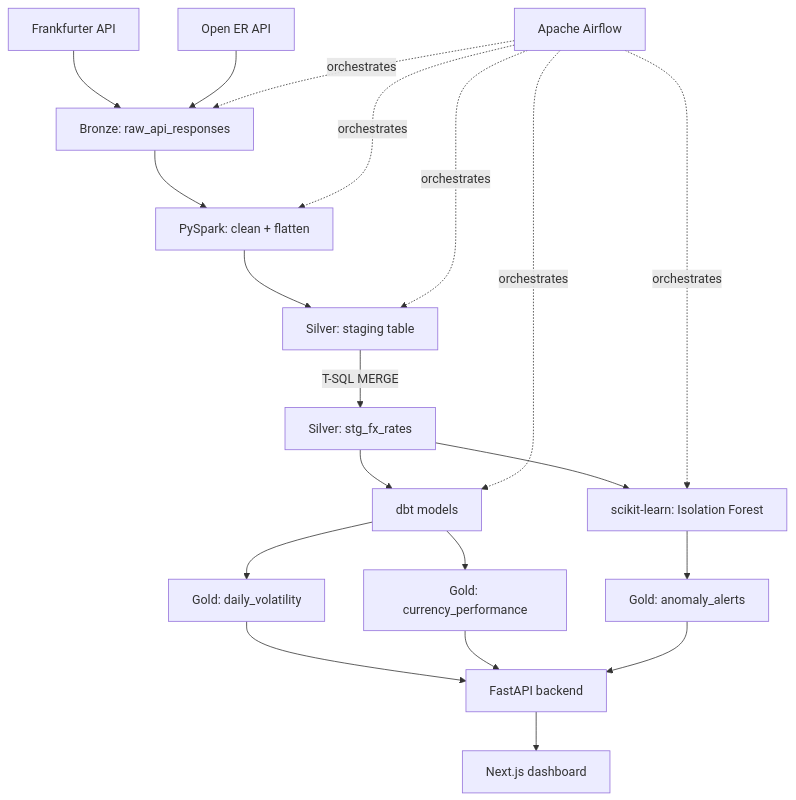
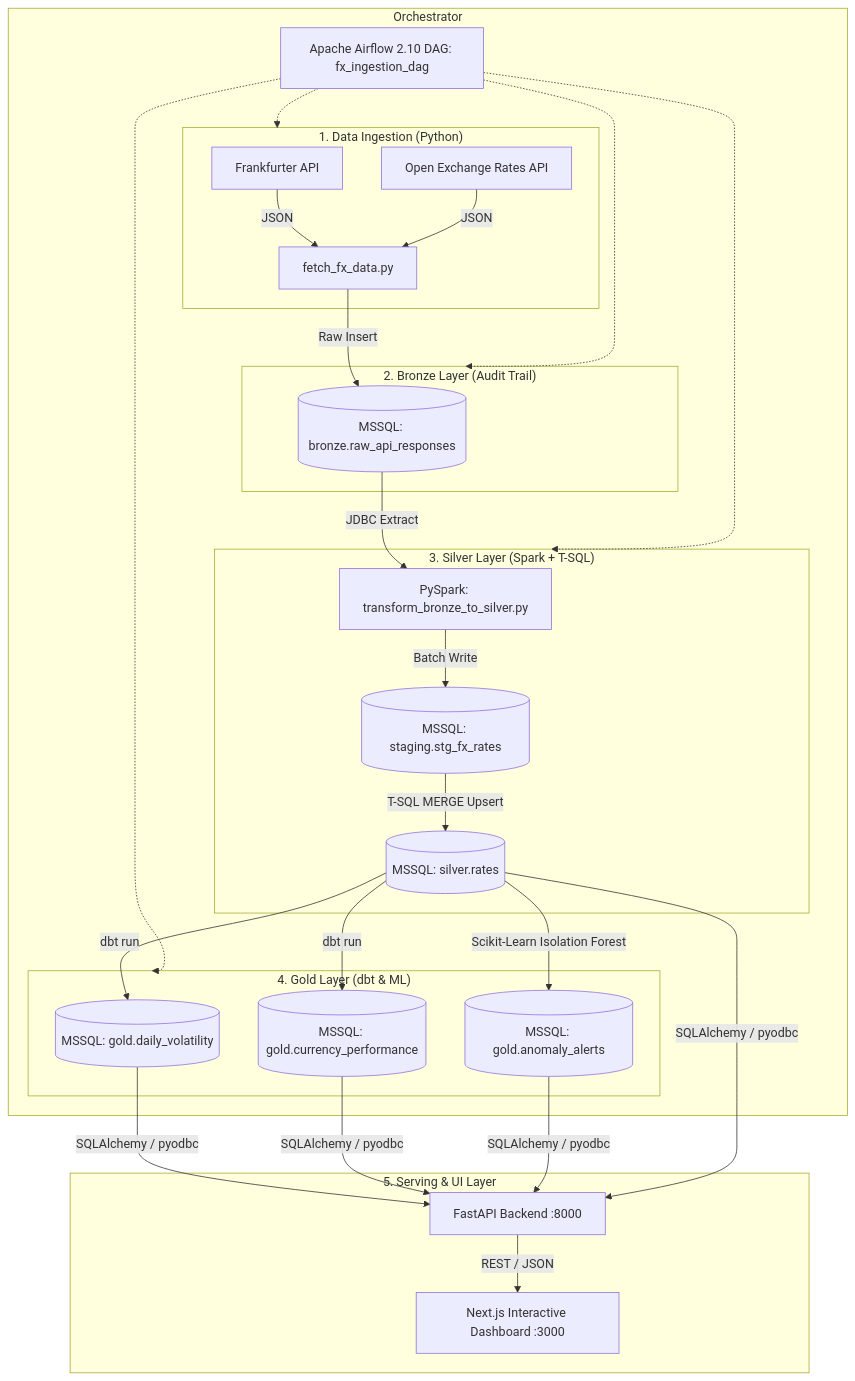
The first of 2 diagrams in README.md (sahanharshajith/fx-rate-analytics-pipeline), drawn with Mermaid before and after one commit. The commit also changed other lines of this file, not shown here.

````diff
--- a/README.md
+++ b/README.md
@@ -7,22 +25,36 @@
 ```mermaid
 flowchart TD
-    A[Frankfurter API] --> C[Bronze: raw_api_responses]
-    B[Open ER API] --> C
-    C --> D[PySpark: clean + flatten]
-    D --> E[Silver: staging table]
-    E -->|T-SQL MERGE| F[Silver: stg_fx_rates]
-    F --> G[dbt models]
-    F --> H[scikit-learn: Isolation Forest]
-    G --> I[Gold: daily_volatility]
-    G --> J[Gold: currency_performance]
-    H --> K[Gold: anomaly_alerts]
-    I --> L[FastAPI backend]
-    J --> L
-    K --> L
-    L --> M[Next.js dashboard]
-    N[Apache Airflow] -.orchestrates.-> C
-    N -.orchestrates.-> D
-    N -.orchestrates.-> E
-    N -.orchestrates.-> G
-    N -.orchestrates.-> H
+    subgraph Ingestion ["1. Data Ingestion (Python)"]
+        A1[Frankfurter API] -->|JSON| B[fetch_fx_data.py]
+        A2[Open Exchange Rates API] -->|JSON| B
+    end
+
+    subgraph Bronze ["2. Bronze Layer (Audit Trail)"]
+        B -->|Raw Insert| C[(MSSQL: bronze.raw_api_responses)]
+    end
+
+    subgraph Silver ["3. Silver Layer (Spark + T-SQL)"]
+        C -->|JDBC Extract| D[PySpark: transform_bronze_to_silver.py]
+        D -->|Batch Write| E[(MSSQL: staging.stg_fx_rates)]
+        E -->|T-SQL MERGE Upsert| F[(MSSQL: silver.rates)]
+    end
+
+    subgraph Gold ["4. Gold Layer (dbt & ML)"]
+        F -->|dbt run| G1[(MSSQL: gold.daily_volatility)]
+        F -->|dbt run| G2[(MSSQL: gold.currency_performance)]
+        F -->|Scikit-Learn Isolation Forest| H[(MSSQL: gold.anomaly_alerts)]
+    end
+
+    subgraph Serving ["5. Serving & UI Layer"]
+        G1 & G2 & H & F -->|SQLAlchemy / pyodbc| I[FastAPI Backend :8000]
+        I -->|REST / JSON| J[Next.js Interactive Dashboard :3000]
+    end
+
+    subgraph Orchestration ["Orchestrator"]
+        Airflow[Apache Airflow 2.10 DAG: fx_ingestion_dag]
+        Airflow -.-> Ingestion
+        Airflow -.-> Bronze
+        Airflow -.-> Silver
+        Airflow -.-> Gold
+    end
 ```
````
